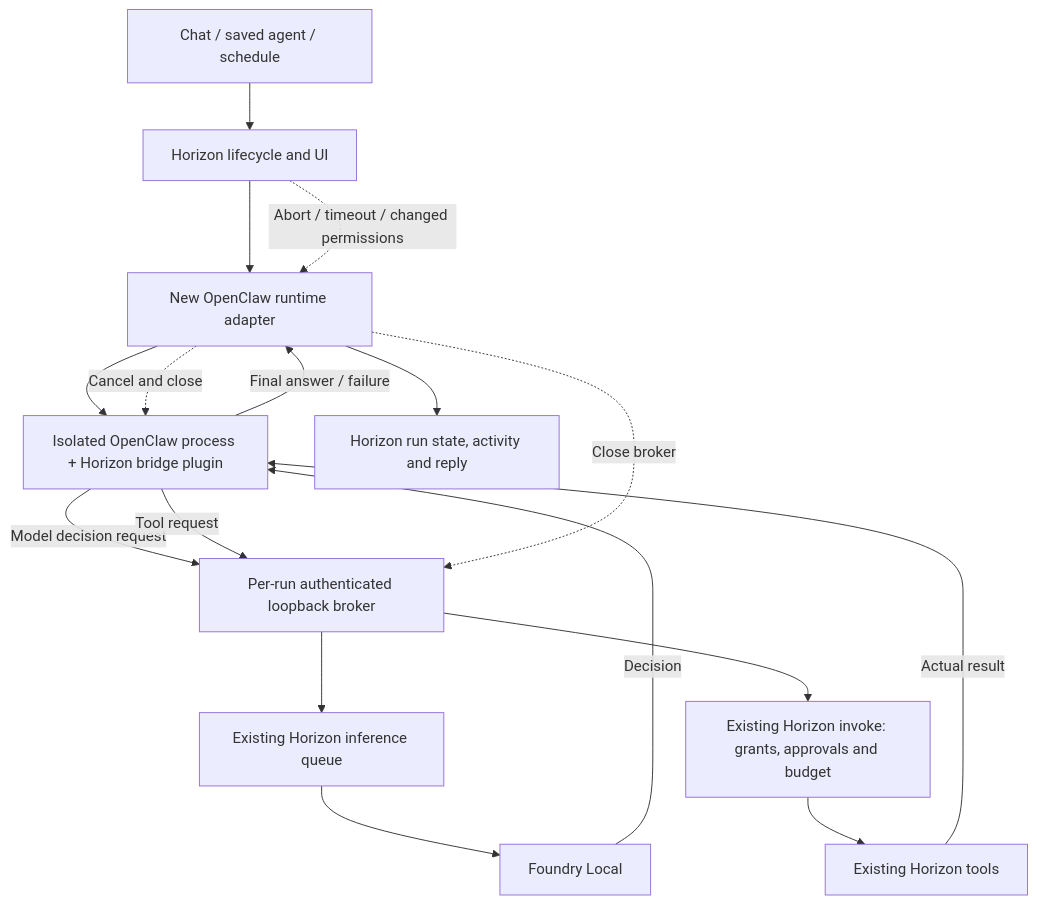
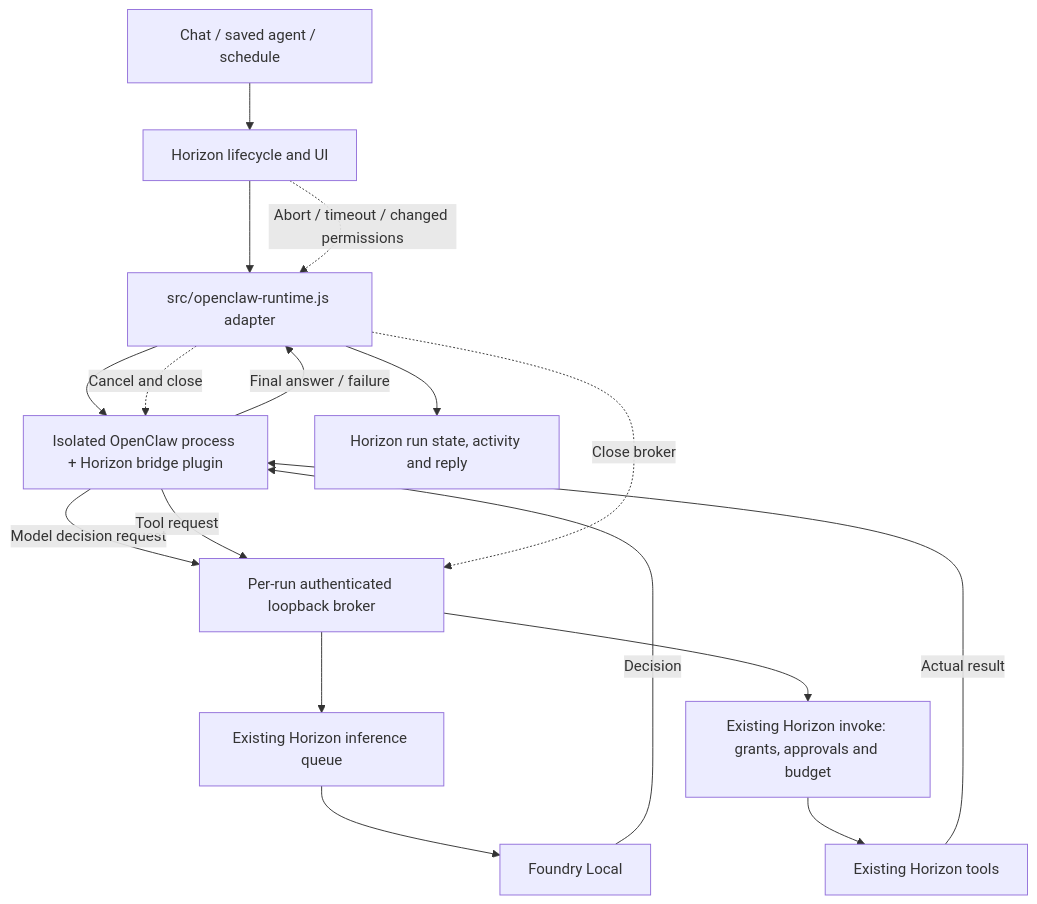
One commit to itstejaswi/horizon changed the second of 2 diagrams in Vision/ARCHITECTURE.md. Above: the diagram before and after it, drawn with Mermaid. The commit also changed other lines of this file and 18 other files, not shown here.

First line of the commit message:
Connect the optional OpenClaw backend

````diff
--- a/Vision/ARCHITECTURE.md
+++ b/Vision/ARCHITECTURE.md
@@ -36,19 +36,19 @@
 ```mermaid
 flowchart TD
     User["Chat / saved agent / schedule"] --> Horizon["Horizon lifecycle and UI"]
-    Horizon --> Adapter["New OpenClaw runtime adapter"]
+    Horizon --> Adapter["src/openclaw-runtime.js adapter"]
     Adapter --> OpenClaw["Isolated OpenClaw process + Horizon bridge plugin"]
     OpenClaw -->|Model decision request| Broker["Per-run authenticated loopback broker"]
     Broker --> Queue["Existing Horizon inference queue"]
     Queue --> Foundry["Foundry Local"]
     Foundry -->|Decision| OpenClaw
     OpenClaw -->|Tool request| Broker
     Broker --> Invoke["Existing Horizon invoke: grants, approvals and budget"]
     Invoke --> Tools["Existing Horizon tools"]
     Tools -->|Actual result| OpenClaw
     OpenClaw -->|Final answer / failure| Adapter
     Adapter --> History["Horizon run state, activity and reply"]
     Horizon -.->|Abort / timeout / changed permissions| Adapter
     Adapter -.->|Cancel and close| OpenClaw
     Adapter -.->|Close broker| Broker
 ```
````
